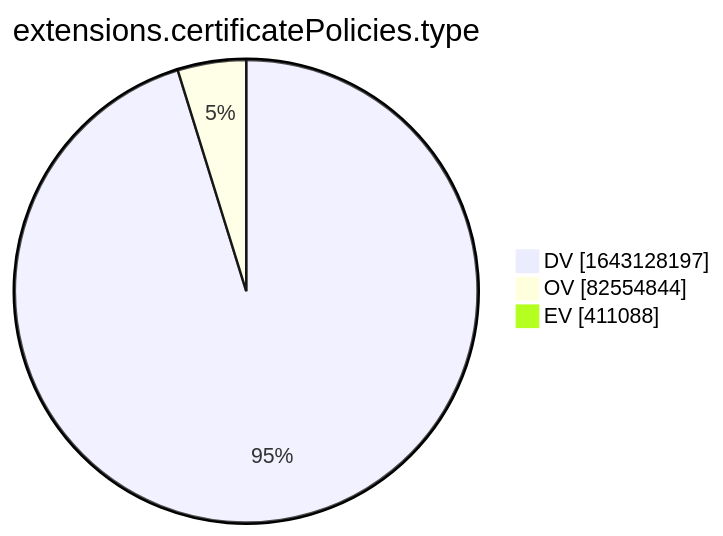
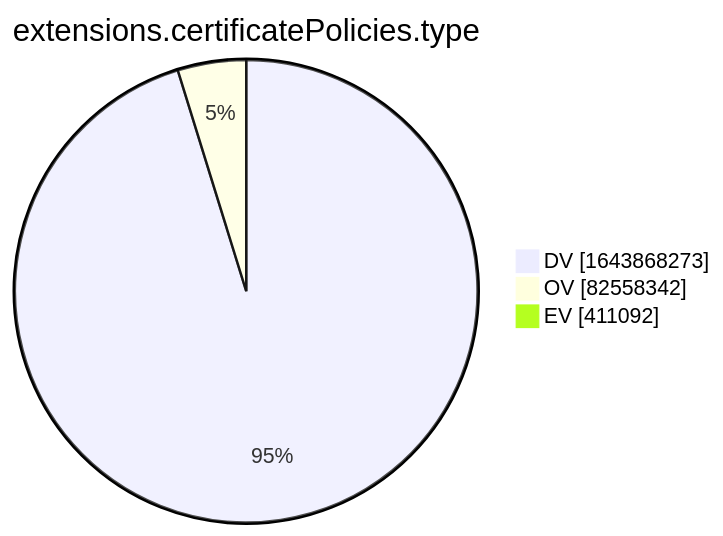
The tenth of 15 diagrams in xenon2022/README.md (christiankrug/ctmonitor_visualization), drawn with Mermaid before and after one commit. The commit also changed other lines of this file, not shown here.

````diff
--- a/xenon2022/README.md
+++ b/xenon2022/README.md
@@ -2879,7 +2879,7 @@
 ```mermaid
 pie showData
 title extensions.certificatePolicies.type
-"DV" :1643128197
-"OV" :82554844
-"EV" :411088
+"DV" :1643868273
+"OV" :82558342
+"EV" :411092
 ```
````
